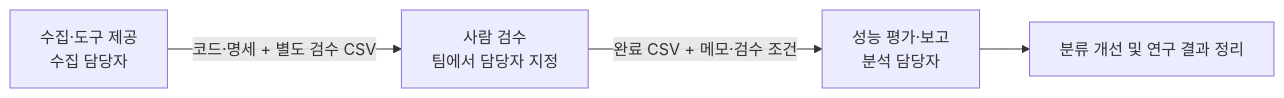
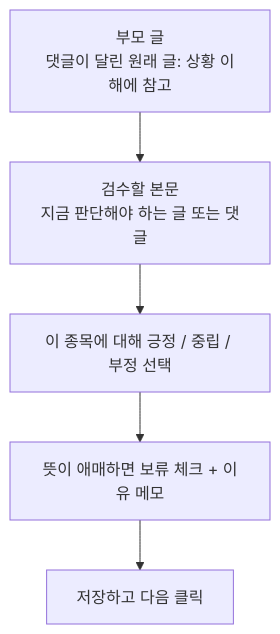
The second of 3 diagrams in 김정기/data_collection/README.md (devCollegit/social_media_2026), drawn with Mermaid before and after one commit. The commit also changed other lines of this file and 2 other files, not shown here.

````diff
--- a/김정기/data_collection/README.md
+++ b/김정기/data_collection/README.md
@@ -58,6 +55,7 @@
 ```mermaid
-flowchart LR
-    A["수집·도구 제공<br/>수집 담당자"] -->|"코드·명세 + 별도 검수 CSV"| B["사람 검수<br/>팀에서 담당자 지정"]
-    B -->|"완료 CSV + 메모·검수 조건"| C["성능 평가·보고<br/>분석 담당자"]
-    C --> D["분류 개선 및 연구 결과 정리"]
+flowchart TD
+    A["부모 글<br/>댓글이 달린 원래 글: 상황 이해에 참고"] --> B["검수할 본문<br/>지금 판단해야 하는 글 또는 댓글"]
+    B --> C["이 종목에 대해 긍정 / 중립 / 부정 선택"]
+    C --> D["뜻이 애매하면 보류 체크 + 이유 메모"]
+    D --> E["저장하고 다음 클릭"]
 ```
````
